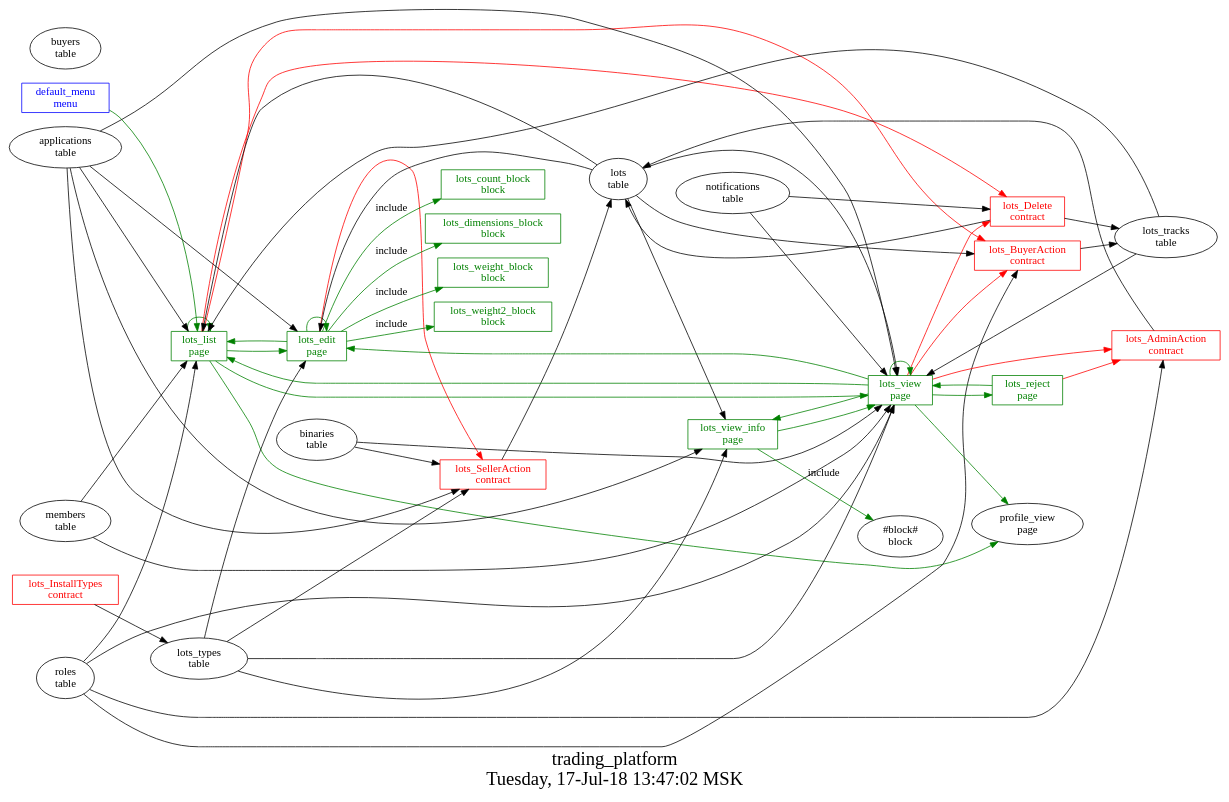
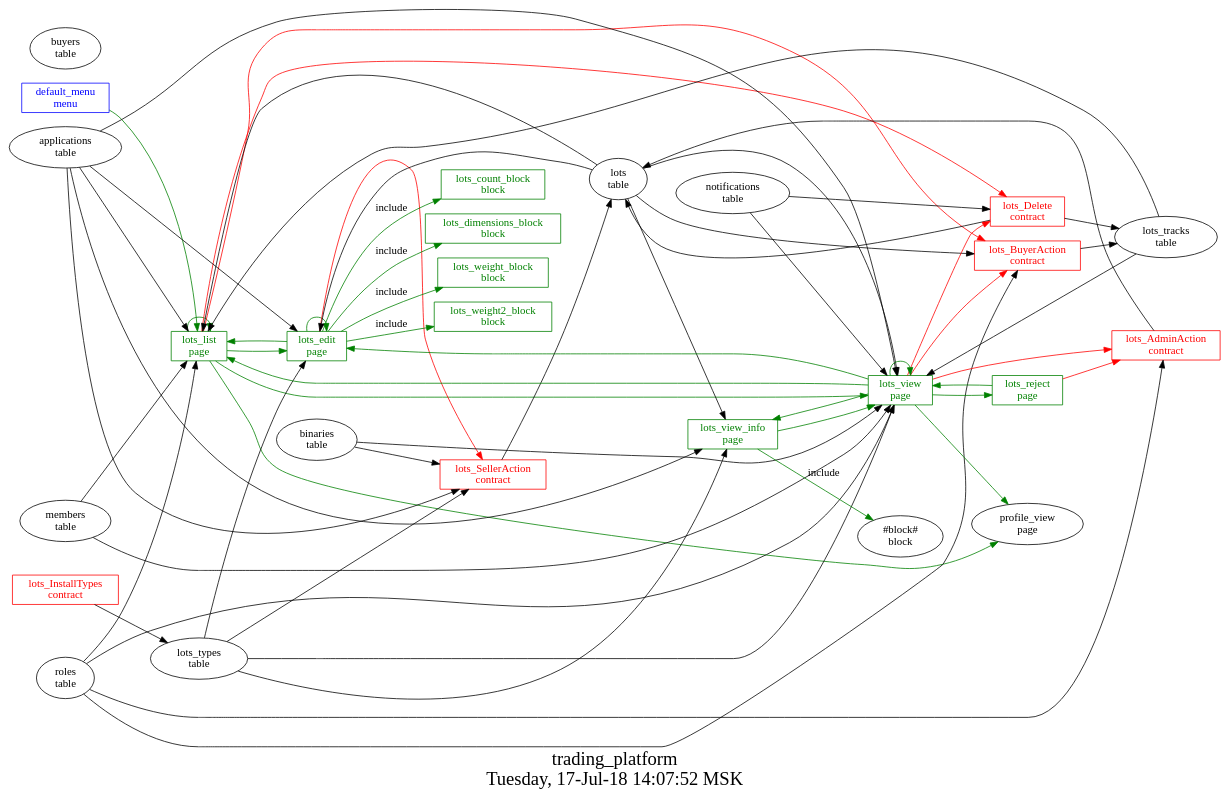
Before and after one commit to AplaProject/apps: the diagram in src/trading_platform/struct.dot, drawn with Graphviz. The commit also changed 1 other file, not shown here.

```diff
--- a/src/trading_platform/struct.dot
+++ b/src/trading_platform/struct.dot
@@ -1,88 +1,88 @@
 digraph G {
 graph [
   fontsize="24";
-  label="trading_platform\nTuesday, 17-Jul-18 13:47:02 MSK";
+  label="trading_platform\nTuesday, 17-Jul-18 14:07:52 MSK";
   nojustify=true;
   ordering=out;
   rankdir=LR;
   size="30";
 ];
 "default_menu\nmenu" -> "lots_list\npage"  [ color=green ]
 "default_menu\nmenu" [color=blue, fontcolor=blue, group=menus, shape=record];
 "lots_edit\npage" -> "lots_SellerAction\ncontract"  [ color=red ]
 "applications\ntable" -> "lots_edit\npage"
 "lots\ntable" -> "lots_edit\npage"
 "lots_types\ntable" -> "lots_edit\npage"
 "lots_edit\npage" -> "lots_list\npage"  [ color=green ]
 "lots_edit\npage" -> "lots_edit\npage"  [ color=green ]
 "lots_edit\npage" -> "lots_count_block\nblock"  [ color=green, label=include ]
 "lots_edit\npage" -> "lots_dimensions_block\nblock"  [ color=green, label=include ]
 "lots_edit\npage" -> "lots_weight_block\nblock"  [ color=green, label=include ]
 "lots_edit\npage" -> "lots_weight2_block\nblock"  [ color=green, label=include ]
 "lots_edit\npage" [color=green, fontcolor=green, group=pages, shape=record];
 "lots_list\npage" -> "lots_BuyerAction\ncontract"  [ color=red ]
 "lots_list\npage" -> "lots_Delete\ncontract"  [ color=red ]
 "applications\ntable" -> "lots_list\npage"
 "roles\ntable" -> "lots_list\npage"
 "lots\ntable" -> "lots_list\npage"
 "members\ntable" -> "lots_list\npage"
 "lots_tracks\ntable" -> "lots_list\npage"
 "lots_list\npage" -> "lots_edit\npage"  [ color=green ]
 "lots_list\npage" -> "lots_list\npage"  [ color=green ]
 "lots_list\npage" -> "lots_view\npage"  [ color=green ]
 "lots_list\npage" -> "profile_view\npage"  [ color=green ]
 "lots_list\npage" [color=green, fontcolor=green, group=pages, shape=record];
 "lots_reject\npage" -> "lots_AdminAction\ncontract"  [ color=red ]
 "lots_reject\npage" -> "lots_view\npage"  [ color=green ]
 "lots_reject\npage" [color=green, fontcolor=green, group=pages, shape=record];
 "lots_view\npage" -> "lots_AdminAction\ncontract"  [ color=red ]
 "lots_view\npage" -> "lots_BuyerAction\ncontract"  [ color=red ]
 "lots_view\npage" -> "lots_Delete\ncontract"  [ color=red ]
 "applications\ntable" -> "lots_view\npage"
 "roles\ntable" -> "lots_view\npage"
 "notifications\ntable" -> "lots_view\npage"
 "lots\ntable" -> "lots_view\npage"
 "lots_types\ntable" -> "lots_view\npage"
 "lots_tracks\ntable" -> "lots_view\npage"
 "members\ntable" -> "lots_view\npage"
 "binaries\ntable" -> "lots_view\npage"
 "lots_view\npage" -> "profile_view\npage"  [ color=green ]
 "lots_view\npage" -> "lots_reject\npage"  [ color=green ]
 "lots_view\npage" -> "lots_view\npage"  [ color=green ]
 "lots_view\npage" -> "lots_view_info\npage"  [ color=green ]
 "lots_view\npage" -> "lots_list\npage"  [ color=green ]
 "lots_view\npage" -> "lots_edit\npage"  [ color=green ]
 "lots_view\npage" [color=green, fontcolor=green, group=pages, shape=record];
 "applications\ntable" -> "lots_view_info\npage"
 "lots\ntable" -> "lots_view_info\npage"
 "lots_types\ntable" -> "lots_view_info\npage"
 "lots_view_info\npage" -> "lots_view\npage"  [ color=green ]
 "lots_view_info\npage" -> "#block#\nblock"  [ color=green, label=include ]
 "lots_view_info\npage" [color=green, fontcolor=green, group=pages, shape=record];
 "lots_count_block\nblock" [color=green, fontcolor=green, group=blocks, shape=record];
 "lots_dimensions_block\nblock" [color=green, fontcolor=green, group=blocks, shape=record];
 "lots_weight2_block\nblock" [color=green, fontcolor=green, group=blocks, shape=record];
 "lots_weight_block\nblock" [color=green, fontcolor=green, group=blocks, shape=record];
 "lots_AdminAction\ncontract" -> "lots\ntable"  [ color="" ]
 "roles\ntable" -> "lots_AdminAction\ncontract"
 "lots_AdminAction\ncontract" [color=red, fontcolor=red, group=contracts, shape=record];
 "lots_BuyerAction\ncontract" -> "lots_tracks\ntable"  [ color="" ]
 "roles\ntable" -> "lots_BuyerAction\ncontract"
 "lots\ntable" -> "lots_BuyerAction\ncontract"
 "lots_BuyerAction\ncontract" [color=red, fontcolor=red, group=contracts, shape=record];
 "lots_Delete\ncontract" -> "lots_tracks\ntable"  [ color="" ]
 "lots_Delete\ncontract" -> "lots\ntable"  [ color="" ]
 "notifications\ntable" -> "lots_Delete\ncontract"
 "lots_Delete\ncontract" [color=red, fontcolor=red, group=contracts, shape=record];
 "lots_InstallTypes\ncontract" -> "lots_types\ntable"  [ color="" ]
 "lots_InstallTypes\ncontract" [color=red, fontcolor=red, group=contracts, shape=record];
 "lots_SellerAction\ncontract" -> "lots\ntable"  [ color="" ]
 "lots_types\ntable" -> "lots_SellerAction\ncontract"
 "applications\ntable" -> "lots_SellerAction\ncontract"
 "binaries\ntable" -> "lots_SellerAction\ncontract"
 "lots_SellerAction\ncontract" [color=red, fontcolor=red, group=contracts, shape=record];
 "buyers\ntable" [color="", fontcolor="", group=tables, shape=""];
 "lots\ntable" [color="", fontcolor="", group=tables, shape=""];
 "lots_tracks\ntable" [color="", fontcolor="", group=tables, shape=""];
 "lots_types\ntable" [color="", fontcolor="", group=tables, shape=""];
 }
```
